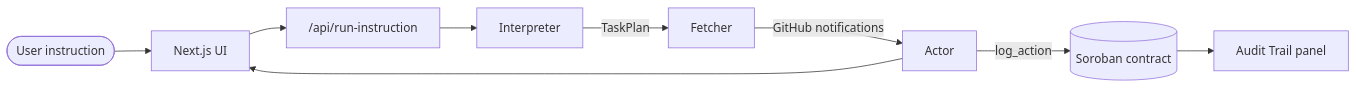
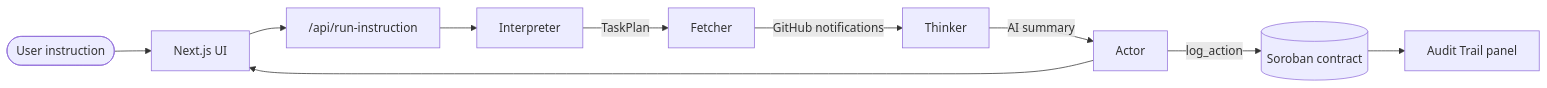
Before and after one commit to MisbahAnsar/flown: the diagram in README.md, drawn with Mermaid. The commit also changed other lines of this file and 12 other files, not shown here.

````diff
--- a/README.md
+++ b/README.md
@@ -32,11 +32,12 @@
 ```mermaid
 flowchart LR
   User([User instruction]) --> UI[Next.js UI]
   UI --> API["/api/run-instruction"]
   API --> I[Interpreter]
   I -->|TaskPlan| F[Fetcher]
-  F -->|GitHub notifications| A[Actor]
+  F -->|GitHub notifications| T[Thinker]
+  T -->|AI summary| A[Actor]
   A -->|log_action| SC[(Soroban contract)]
   A --> UI
   SC --> Audit[Audit Trail panel]
 ```
````
